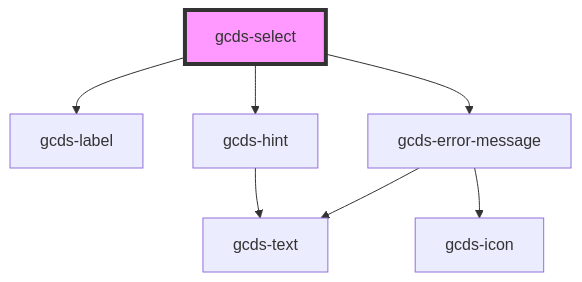
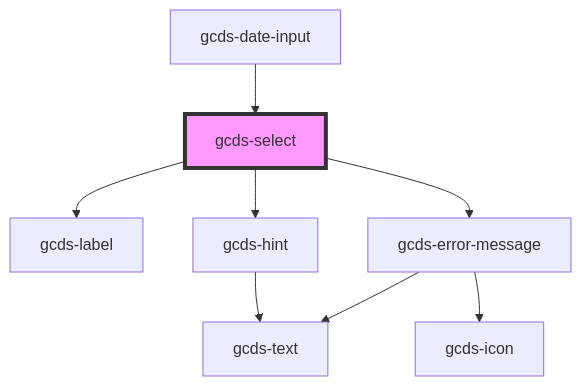
The diagram in packages/web/src/components/gcds-select/readme.md (cds-snc/gcds-components), drawn with Mermaid before and after one commit. The commit also changed other lines of this file and 34 other files, not shown here.

First line of the commit message:
feat: Add gcds-date-input component (#607)

````diff
--- a/packages/web/src/components/gcds-select/readme.md
+++ b/packages/web/src/components/gcds-select/readme.md
@@ -59,10 +63,11 @@
 ```mermaid
 graph TD;
   gcds-select --> gcds-label
   gcds-select --> gcds-hint
   gcds-select --> gcds-error-message
   gcds-hint --> gcds-text
   gcds-error-message --> gcds-text
   gcds-error-message --> gcds-icon
+  gcds-date-input --> gcds-select
   style gcds-select fill:#f9f,stroke:#333,stroke-width:4px
 ```
````
